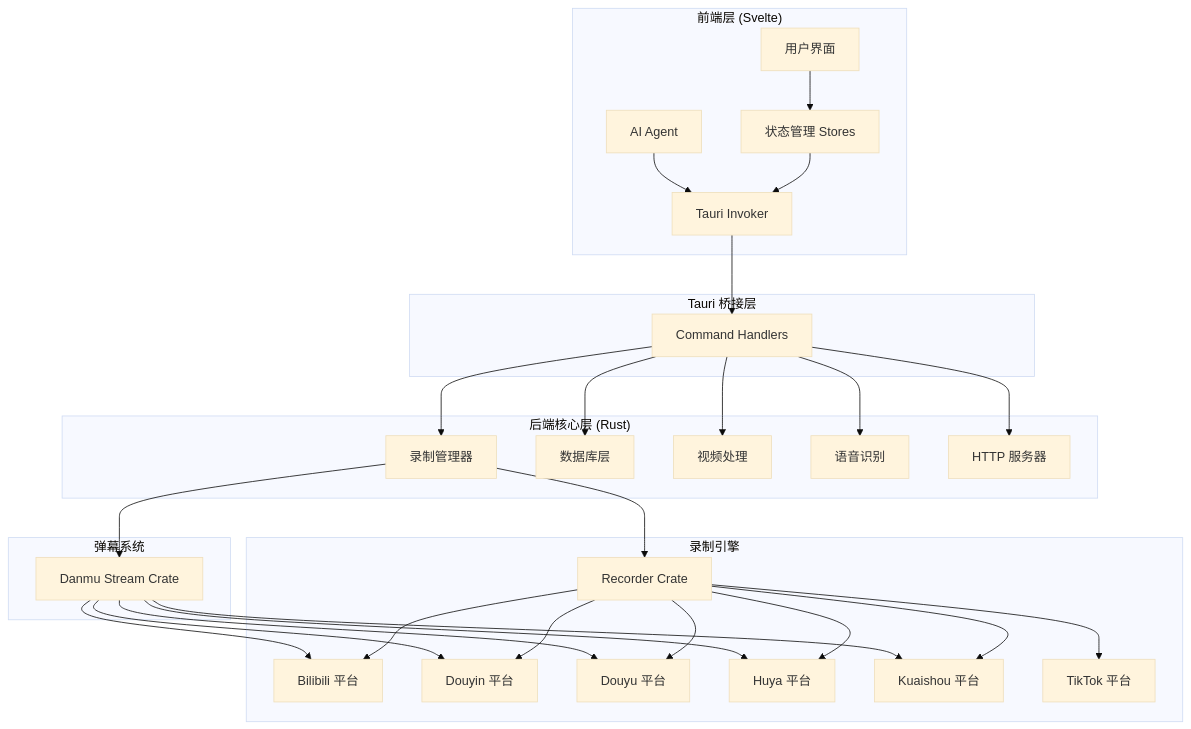
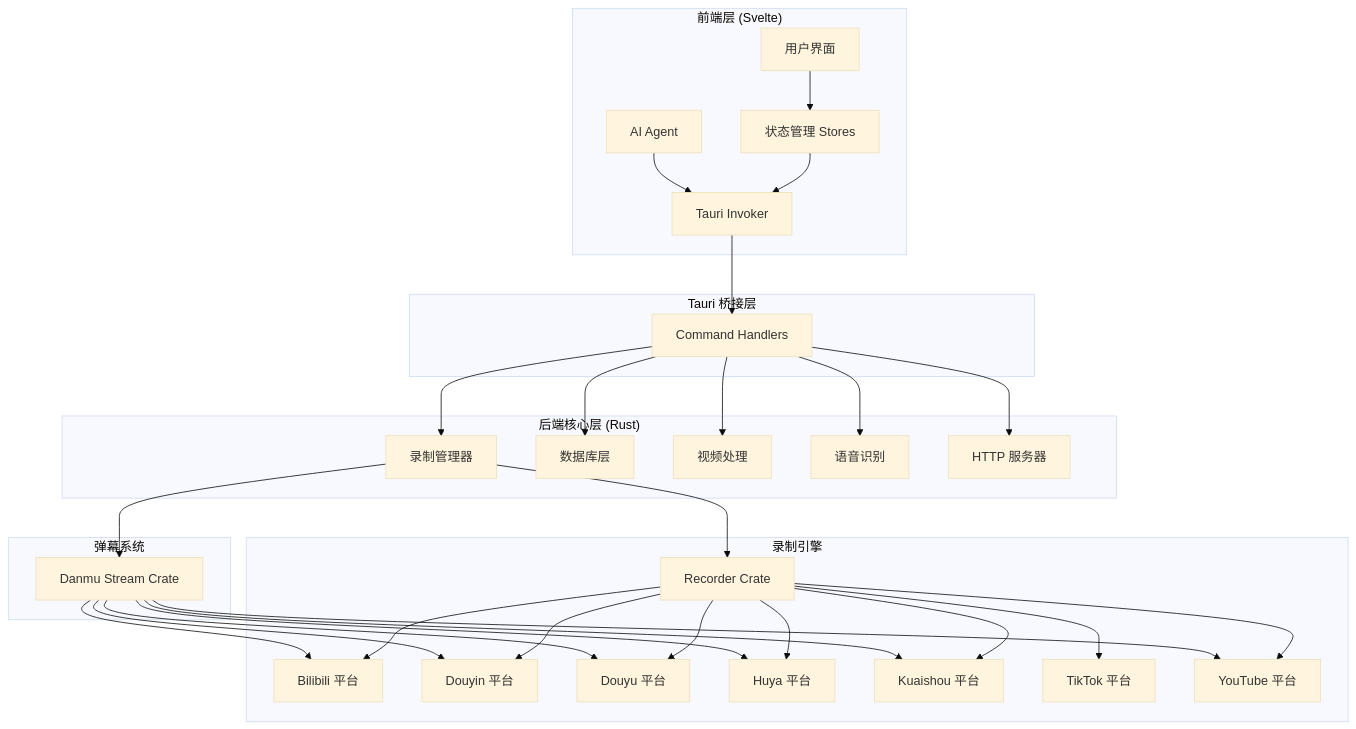
One commit to Xinrea/bili-shadowreplay changed the first of 3 diagrams in docs/development/architecture/overview.md. Above: the diagram before and after it, drawn with Mermaid (base theme). The commit also changed other lines of this file and 23 other files, not shown here.

First line of the commit message:
feat: add YouTube live recording and chat support (#354)

````diff
--- a/docs/development/architecture/overview.md
+++ b/docs/development/architecture/overview.md
@@ -29,61 +29,64 @@
 ```mermaid
 graph TB
     subgraph "前端层 (Svelte)"
         UI[用户界面]
         Store[状态管理 Stores]
         Agent[AI Agent]
         Invoker[Tauri Invoker]
     end
 
     subgraph "Tauri 桥接层"
         Commands[Command Handlers]
     end
 
     subgraph "后端核心层 (Rust)"
         RecorderMgr[录制管理器]
         Database[数据库层]
         FFmpeg[视频处理]
         Whisper[语音识别]
         HttpServer[HTTP 服务器]
     end
 
     subgraph "录制引擎"
         Recorder[Recorder Crate]
         Bilibili[Bilibili 平台]
         Douyin[Douyin 平台]
         Douyu[Douyu 平台]
         Huya[Huya 平台]
         Kuaishou[Kuaishou 平台]
         TikTok[TikTok 平台]
+        YouTube[YouTube 平台]
     end
 
     subgraph "弹幕系统"
         DanmuStream[Danmu Stream Crate]
     end
 
     UI --> Store
     Store --> Invoker
     Agent --> Invoker
     Invoker --> Commands
 
     Commands --> RecorderMgr
     Commands --> Database
     Commands --> FFmpeg
     Commands --> Whisper
     Commands --> HttpServer
 
     RecorderMgr --> Recorder
     Recorder --> Bilibili
     Recorder --> Douyin
     Recorder --> Douyu
     Recorder --> Huya
     Recorder --> Kuaishou
     Recorder --> TikTok
+    Recorder --> YouTube
 
     RecorderMgr --> DanmuStream
     DanmuStream --> Bilibili
     DanmuStream --> Douyin
     DanmuStream --> Douyu
     DanmuStream --> Huya
     DanmuStream --> Kuaishou
+    DanmuStream --> YouTube
 ```
````
